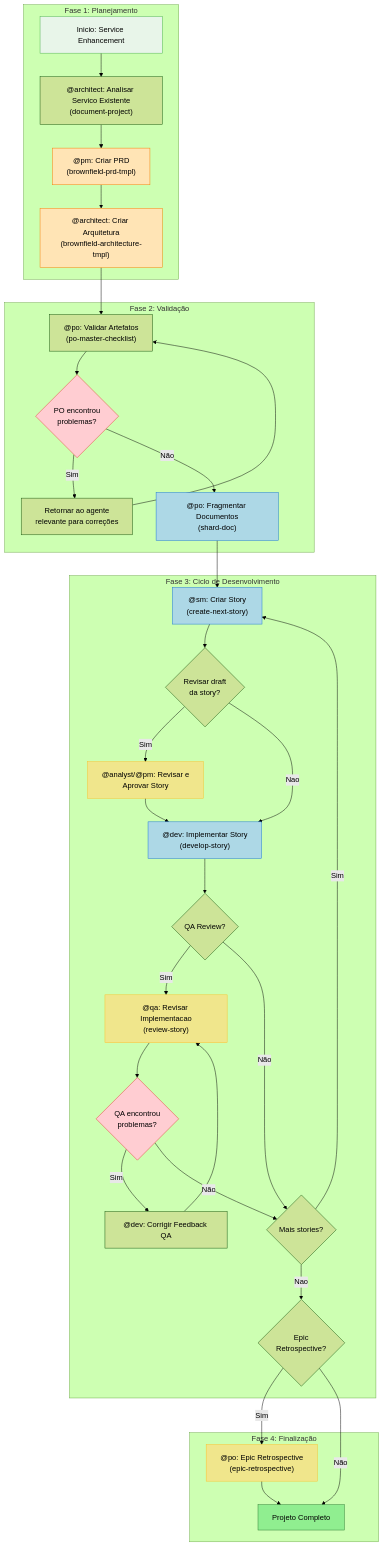
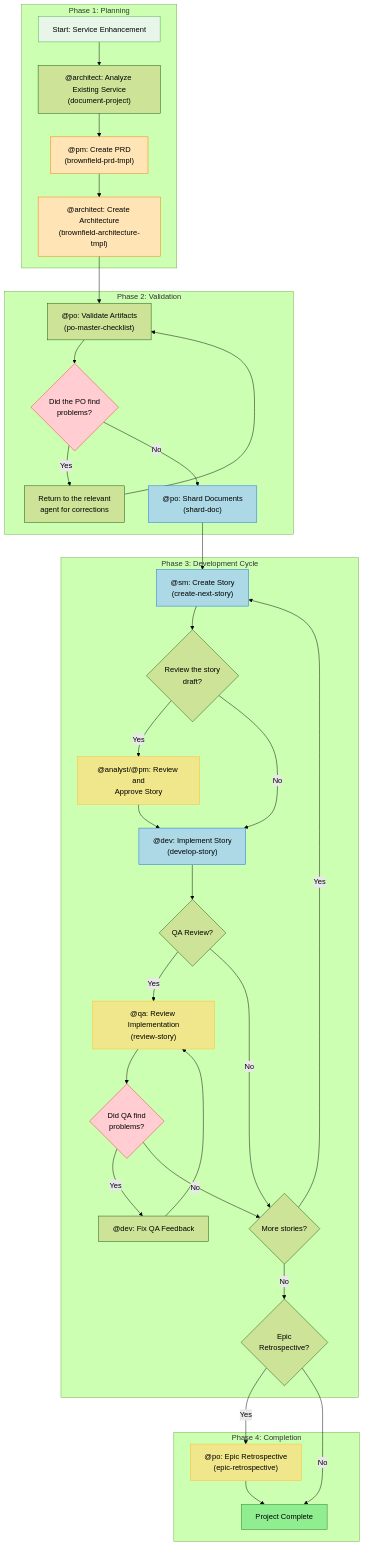
The first of 6 diagrams in docs/aexos-workflows/brownfield-service-workflow.md (CyryxLabs/AEXOS), drawn with Mermaid (forest theme) before and after one commit. The commit also changed other lines of this file and 528 other files, not shown here.

````diff
--- a/docs/aexos-workflows/brownfield-service-workflow.md
+++ b/docs/aexos-workflows/brownfield-service-workflow.md
@@ -36,52 +36,52 @@
 ```mermaid
 graph TD
-    subgraph "Fase 1: Planejamento"
-        A[Inicio: Service Enhancement] --> B["@architect: Analisar Servico Existente<br/>(document-project)"]
-        B --> C["@pm: Criar PRD<br/>(brownfield-prd-tmpl)"]
-        C --> D["@architect: Criar Arquitetura<br/>(brownfield-architecture-tmpl)"]
+    subgraph "Phase 1: Planning"
+        A[Start: Service Enhancement] --> B["@architect: Analyze Existing Service<br/>(document-project)"]
+        B --> C["@pm: Create PRD<br/>(brownfield-prd-tmpl)"]
+        C --> D["@architect: Create Architecture<br/>(brownfield-architecture-tmpl)"]
     end
 
-    subgraph "Fase 2: Validação"
-        D --> E["@po: Validar Artefatos<br/>(po-master-checklist)"]
-        E --> F{PO encontrou<br/>problemas?}
-        F -->|Sim| G[Retornar ao agente<br/>relevante para correções]
+    subgraph "Phase 2: Validation"
+        D --> E["@po: Validate Artifacts<br/>(po-master-checklist)"]
+        E --> F{Did the PO find<br/>problems?}
+        F -->|Yes| G[Return to the relevant<br/>agent for corrections]
         G --> E
-        F -->|Não| H["@po: Fragmentar Documentos<br/>(shard-doc)"]
+        F -->|No| H["@po: Shard Documents<br/>(shard-doc)"]
     end
 
-    subgraph "Fase 3: Ciclo de Desenvolvimento"
-        H --> I["@sm: Criar Story<br/>(create-next-story)"]
-        I --> J{Revisar draft<br/>da story?}
-        J -->|Sim| K["@analyst/@pm: Revisar e<br/>Aprovar Story"]
-        J -->|Nao| L["@dev: Implementar Story<br/>(develop-story)"]
+    subgraph "Phase 3: Development Cycle"
+        H --> I["@sm: Create Story<br/>(create-next-story)"]
+        I --> J{Review the story<br/>draft?}
+        J -->|Yes| K["@analyst/@pm: Review and<br/>Approve Story"]
+        J -->|No| L["@dev: Implement Story<br/>(develop-story)"]
         K --> L
         L --> M{QA Review?}
-        M -->|Sim| N["@qa: Revisar Implementacao<br/>(review-story)"]
-        M -->|Não| O{Mais stories?}
-        N --> P{QA encontrou<br/>problemas?}
-        P -->|Sim| Q["@dev: Corrigir Feedback QA"]
-        P -->|Não| O
+        M -->|Yes| N["@qa: Review Implementation<br/>(review-story)"]
+        M -->|No| O{More stories?}
+        N --> P{Did QA find<br/>problems?}
+        P -->|Yes| Q["@dev: Fix QA Feedback"]
+        P -->|No| O
         Q --> N
-        O -->|Sim| I
-        O -->|Nao| R{Epic<br/>Retrospective?}
+        O -->|Yes| I
+        O -->|No| R{Epic<br/>Retrospective?}
     end
 
-    subgraph "Fase 4: Finalização"
-        R -->|Sim| S["@po: Epic Retrospective<br/>(epic-retrospective)"]
-        R -->|Não| T[Projeto Completo]
+    subgraph "Phase 4: Completion"
+        R -->|Yes| S["@po: Epic Retrospective<br/>(epic-retrospective)"]
+        R -->|No| T[Project Complete]
         S --> T
     end
 
     style A fill:#E8F5E9,stroke:#4CAF50
     style T fill:#90EE90,stroke:#2E7D32
     style H fill:#ADD8E6,stroke:#1976D2
     style I fill:#ADD8E6,stroke:#1976D2
     style L fill:#ADD8E6,stroke:#1976D2
     style C fill:#FFE4B5,stroke:#F57C00
     style D fill:#FFE4B5,stroke:#F57C00
     style K fill:#F0E68C,stroke:#FBC02D
     style N fill:#F0E68C,stroke:#FBC02D
     style S fill:#F0E68C,stroke:#FBC02D
     style F fill:#FFCDD2,stroke:#E53935
     style P fill:#FFCDD2,stroke:#E53935
 ```
````
